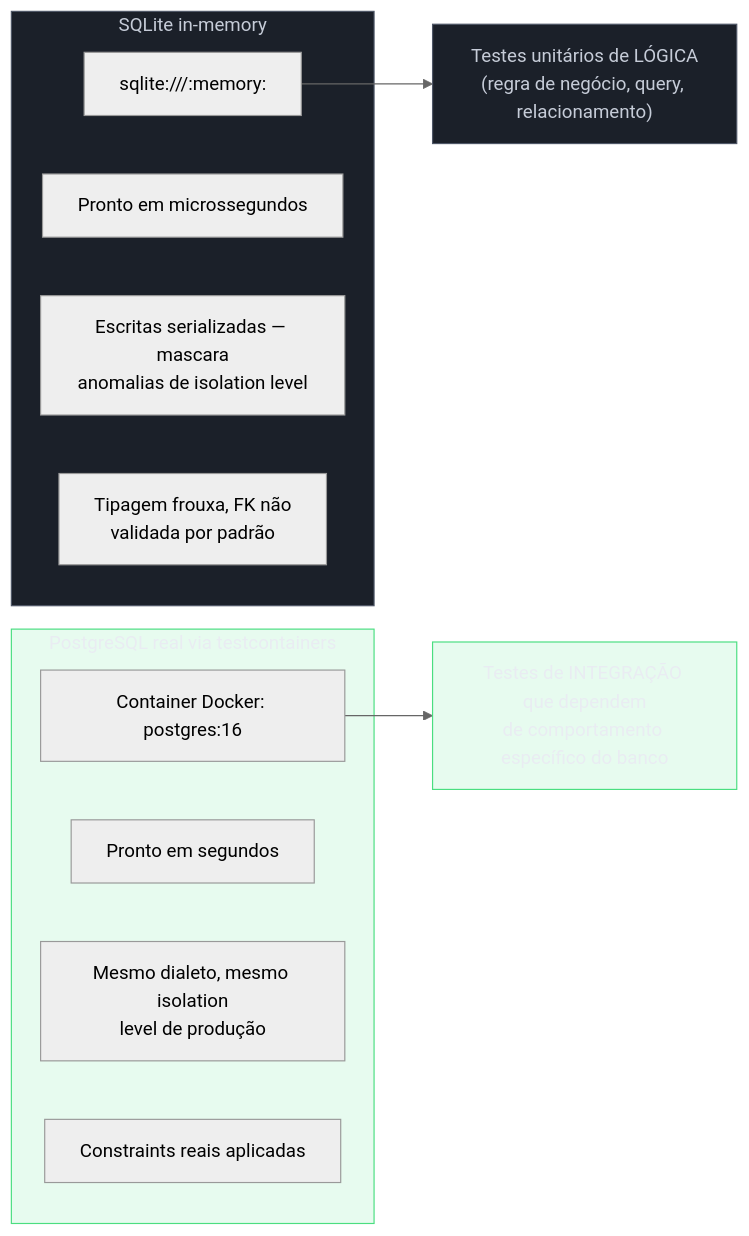
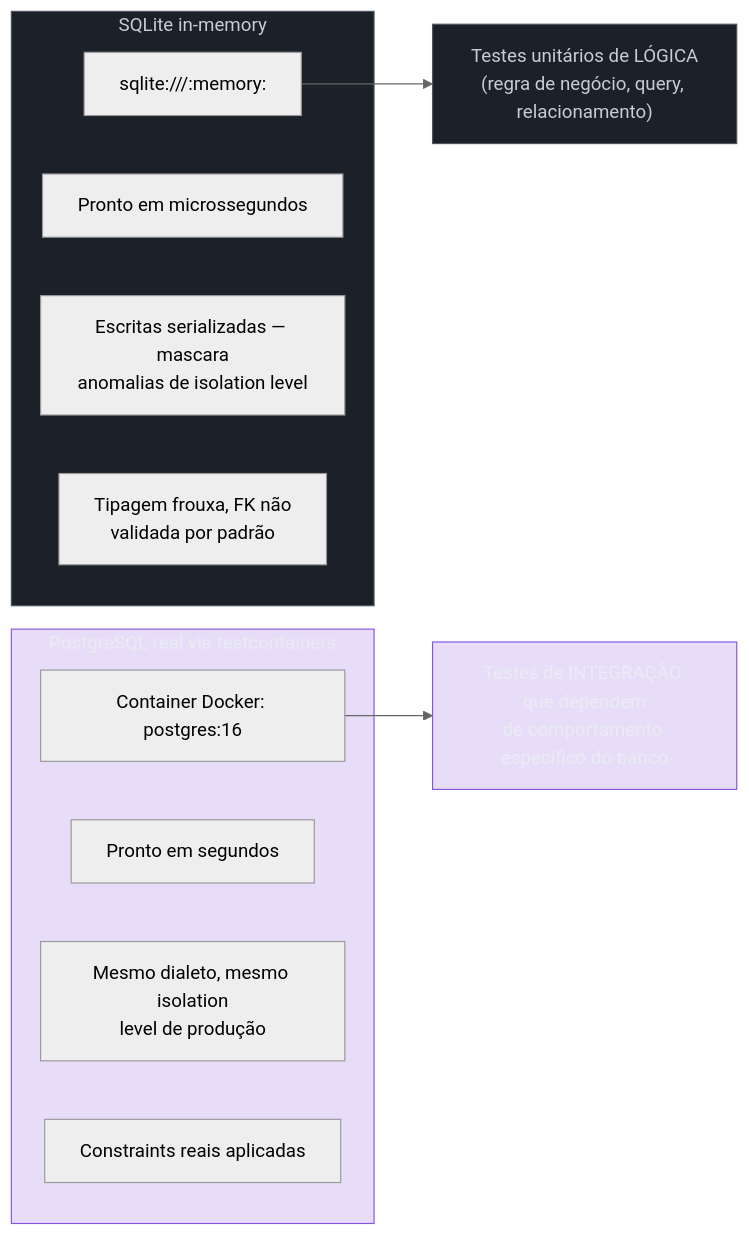
The first of 2 diagrams in 03-Dominios/Tecnologia/Python/Testes/06 - Testando a camada de persistência — banco de teste e rollback.md (josenaldo/codex-technomanticus), drawn with Mermaid (neutral theme) before and after one commit. The commit also changed 601 other files, not shown here.

````diff
--- a/03-Dominios/Tecnologia/Python/Testes/06 - Testando a camada de persistência — banco de teste e rollback.md
+++ b/03-Dominios/Tecnologia/Python/Testes/06 - Testando a camada de persistência — banco de teste e rollback.md
@@ -116,26 +116,26 @@
 ```mermaid
 flowchart LR
+    classDef marca fill:#8855DF33,stroke:#8855DF,color:#E9ECF2
     classDef neutro fill:#1B2029,stroke:#4E5666,color:#C6CCD8
-    classDef ok fill:#4ADE8021,stroke:#4ADE80,color:#E9ECF2
     subgraph SQLITE["SQLite in-memory"]
         S1["sqlite:///:memory:"]
         S2["Pronto em microssegundos"]
         S3["Escritas serializadas — mascara\nanomalias de isolation level"]
         S4["Tipagem frouxa, FK não\nvalidada por padrão"]
     end
 
     subgraph PG["PostgreSQL real via testcontainers"]
         P1["Container Docker: postgres:16"]
         P2["Pronto em segundos"]
         P3["Mesmo dialeto, mesmo isolation\nlevel de produção"]
         P4["Constraints reais aplicadas"]
     end
 
     S1 --> USO1["Testes unitários de LÓGICA\n(regra de negócio, query, relacionamento)"]
     P1 --> USO2["Testes de INTEGRAÇÃO que dependem\nde comportamento específico do banco"]
 
     class SQLITE neutro
-    class PG ok
+    class PG marca
     class USO1 neutro
-    class USO2 ok
+    class USO2 marca
 ```
````
